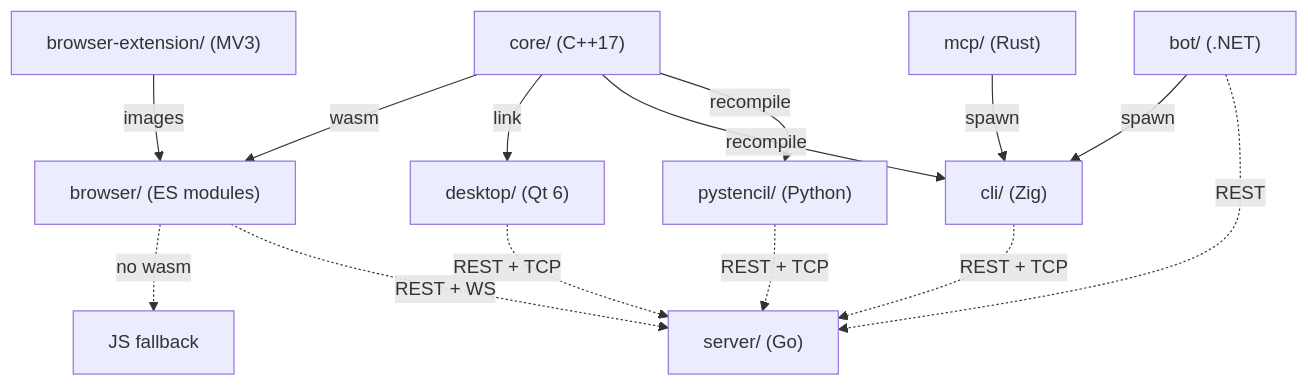
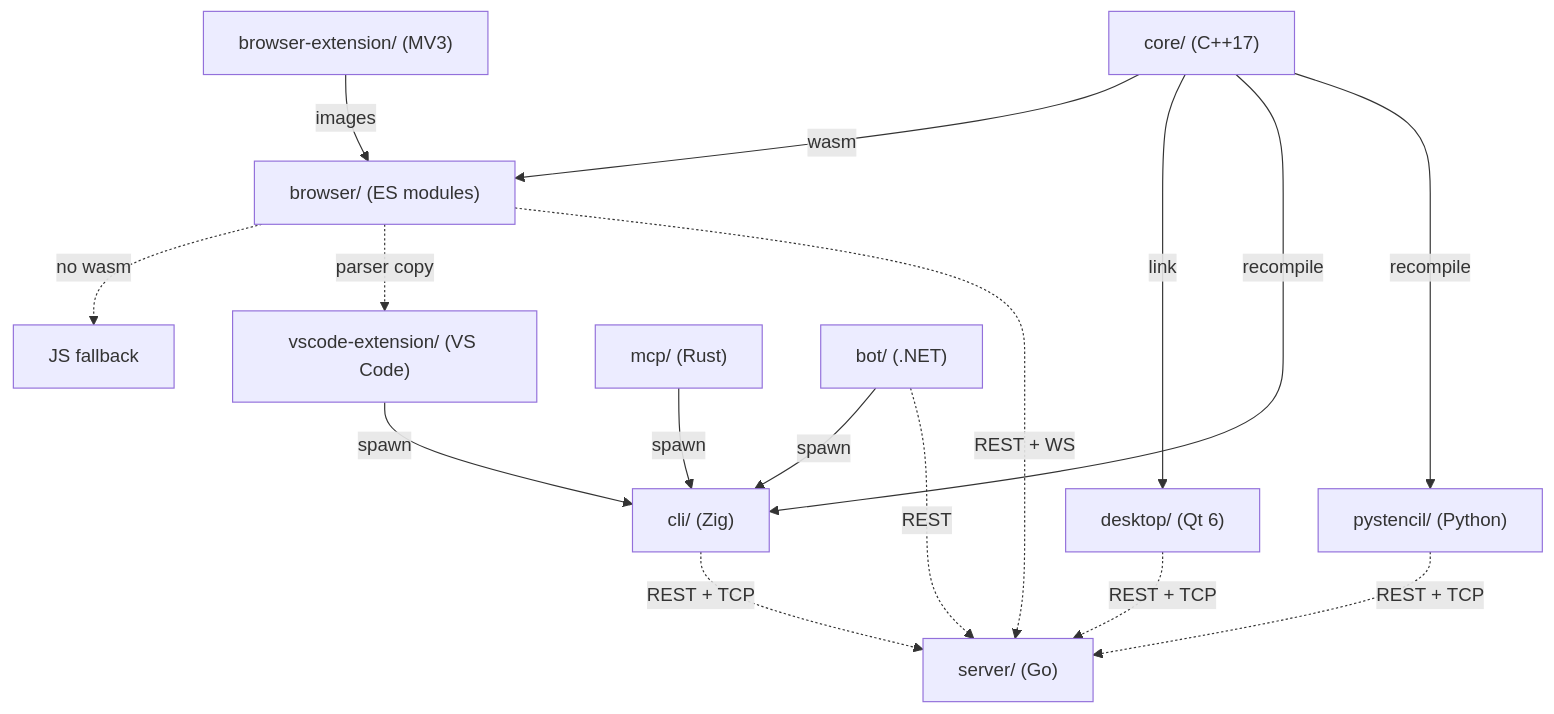
Before and after one commit to andrew1407/stencil: the diagram in ARCHITECTURE.md, drawn with Mermaid. The commit also changed other lines of this file and 12 other files, not shown here.

Commit message:
Document .stc scripts and vscode-extension in the root docs

````diff
--- a/ARCHITECTURE.md
+++ b/ARCHITECTURE.md
@@ -13,27 +13,30 @@
 ```mermaid
 graph TD
     CORE["core/ (C++17)"]
     WEB["browser/ (ES modules)"]
     DESK["desktop/ (Qt 6)"]
     CLI["cli/ (Zig)"]
     PY["pystencil/ (Python)"]
     FB["JS fallback"]
     EXT["browser-extension/ (MV3)"]
+    VSC["vscode-extension/ (VS Code)"]
     MCP["mcp/ (Rust)"]
     BOT["bot/ (.NET)"]
     SRV["server/ (Go)"]
 
     CORE -->|"wasm"| WEB
     CORE -->|"link"| DESK
     CORE -->|"recompile"| CLI
     CORE -->|"recompile"| PY
     WEB -.->|"no wasm"| FB
     EXT -->|"images"| WEB
+    WEB -.->|"parser copy"| VSC
+    VSC -->|"spawn"| CLI
     MCP -->|"spawn"| CLI
     BOT -->|"spawn"| CLI
     WEB -.->|"REST + WS"| SRV
     DESK -.->|"REST + TCP"| SRV
     CLI -.->|"REST + TCP"| SRV
     PY -.->|"REST + TCP"| SRV
     BOT -.->|"REST"| SRV
 ```
````
